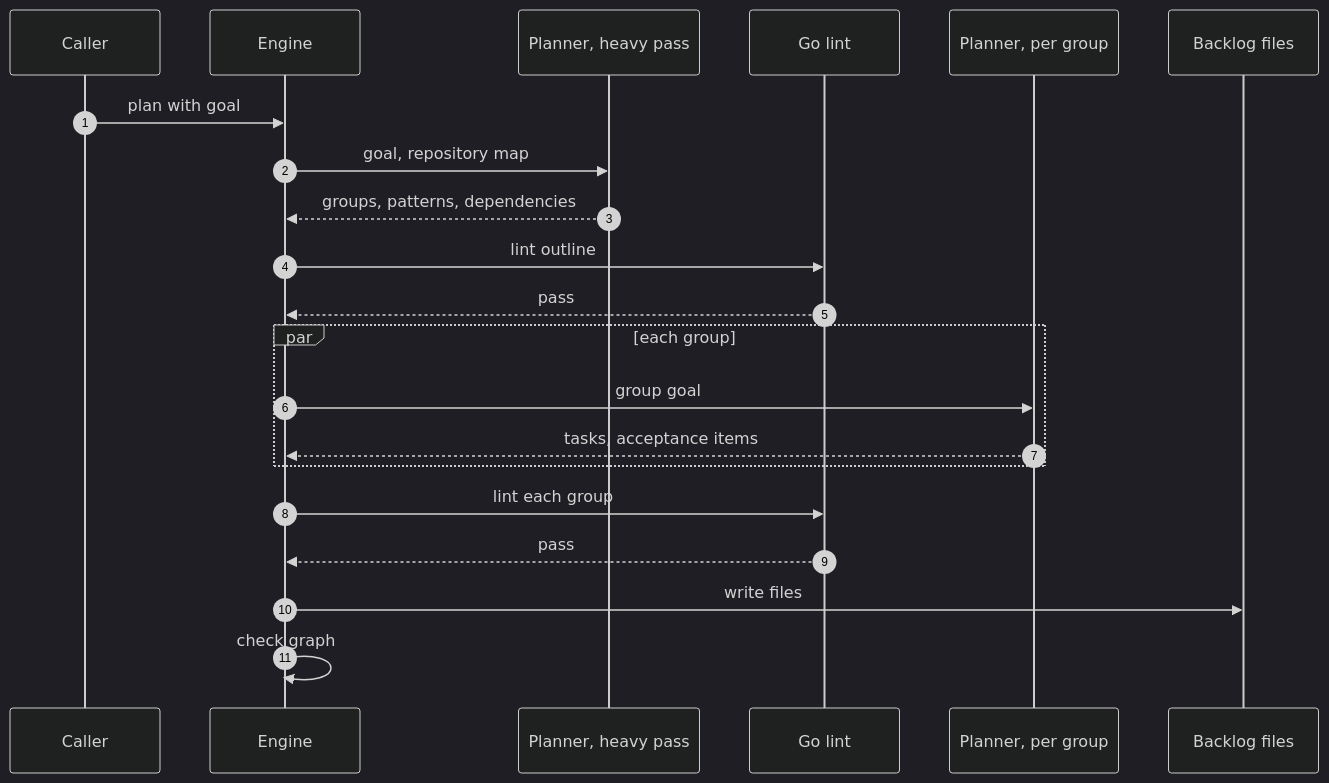
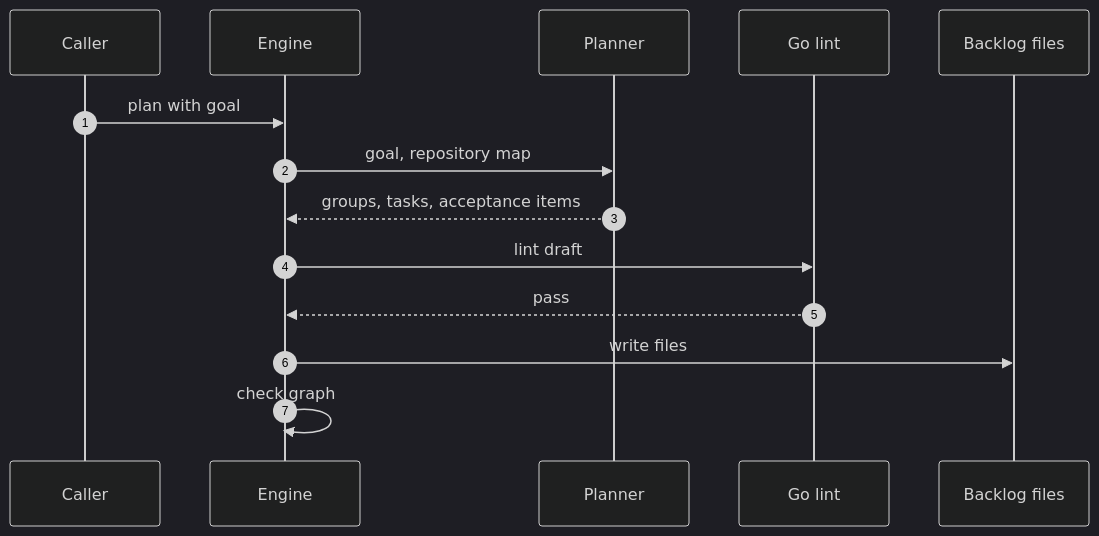
Diagram 36 of 45 in docs/hld.md (rdevitto86/komodo-agentic-harness-coding), drawn with Mermaid (dark theme) before and after one commit. The commit also changed other lines of this file, not shown here.

First line of the commit message:
docs: HLD fixes for blind review pass 1 (70/100), 17 issues

````diff
--- a/docs/hld.md
+++ b/docs/hld.md
@@ -1658,23 +1655,16 @@
 ```mermaid
 sequenceDiagram
   autonumber
   participant C as Caller
   participant E as Engine
-  participant P1 as Planner, heavy pass
+  participant P as Planner
   participant L as Go lint
-  participant P2 as Planner, per group
   participant F as Backlog files
   C->>E: plan with goal
-  E->>P1: goal, repository map
-  P1-->>E: groups, patterns, dependencies
-  E->>L: lint outline
-  L-->>E: pass
-  par each group
-    E->>P2: group goal
-    P2-->>E: tasks, acceptance items
-  end
-  E->>L: lint each group
+  E->>P: goal, repository map
+  P-->>E: groups, tasks, acceptance items
+  E->>L: lint draft
   L-->>E: pass
   E->>F: write files
   E->>E: check graph
 ```
````
